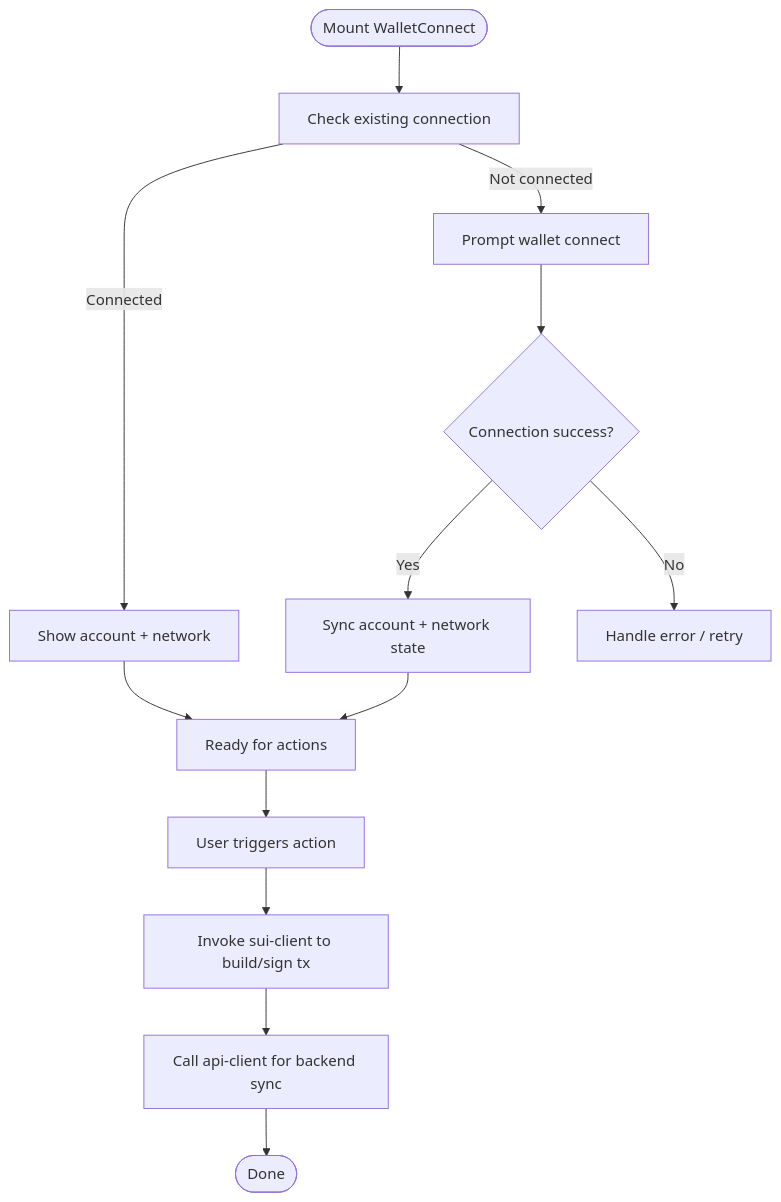
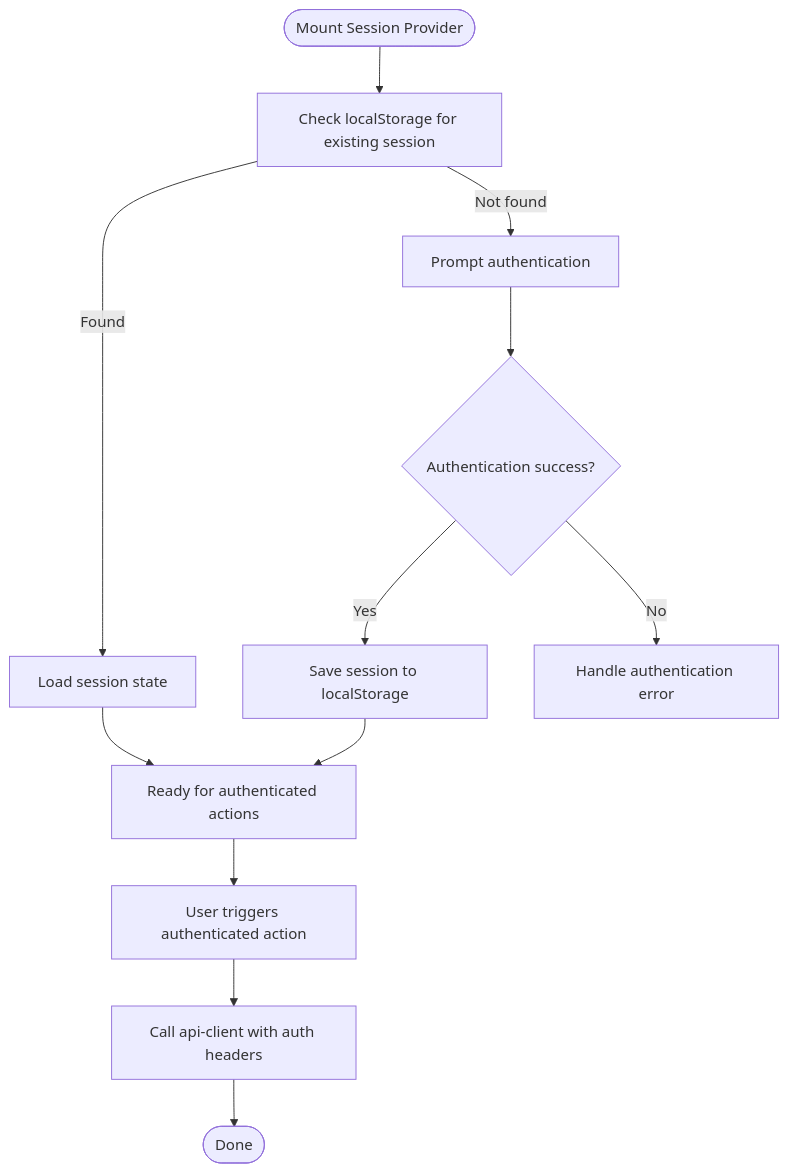
One commit to hieudepoet/Insurix changed the third of 6 diagrams in .qoder/repowiki/en/content/Frontend Application/Wallet Connectivity & Blockchain Integration.md. Above: the diagram before and after it, drawn with Mermaid. The commit also changed other lines of this file and 63 other files, not shown here.

````diff
--- a/.qoder/repowiki/en/content/Frontend Application/Wallet Connectivity & Blockchain Integration.md
+++ b/.qoder/repowiki/en/content/Frontend Application/Wallet Connectivity & Blockchain Integration.md
@@ -129,15 +127,14 @@
 ```mermaid
 flowchart TD
-Start(["Mount WalletConnect"]) --> CheckConn["Check existing connection"]
-CheckConn --> |Connected| ShowAccount["Show account + network"]
-CheckConn --> |Not connected| Prompt["Prompt wallet connect"]
-Prompt --> ConnectResult{"Connection success?"}
-ConnectResult --> |Yes| SyncState["Sync account + network state"]
-ConnectResult --> |No| HandleError["Handle error / retry"]
-SyncState --> Ready["Ready for actions"]
-ShowAccount --> Ready
-Ready --> ActionTrigger["User triggers action"]
-ActionTrigger --> SignTx["Invoke sui-client to build/sign tx"]
-SignTx --> ApiCall["Call api-client for backend sync"]
+Start(["Mount Session Provider"]) --> CheckSession["Check localStorage for existing session"]
+CheckSession --> |Found| LoadState["Load session state"]
+CheckSession --> |Not found| PromptAuth["Prompt authentication"]
+PromptAuth --> AuthResult{"Authentication success?"}
+AuthResult --> |Yes| SaveSession["Save session to localStorage"]
+AuthResult --> |No| HandleError["Handle authentication error"]
+SaveSession --> Ready["Ready for authenticated actions"]
+LoadState --> Ready
+Ready --> ActionTrigger["User triggers authenticated action"]
+ActionTrigger --> ApiCall["Call api-client with auth headers"]
 ApiCall --> Done(["Done"])
 ```
````
